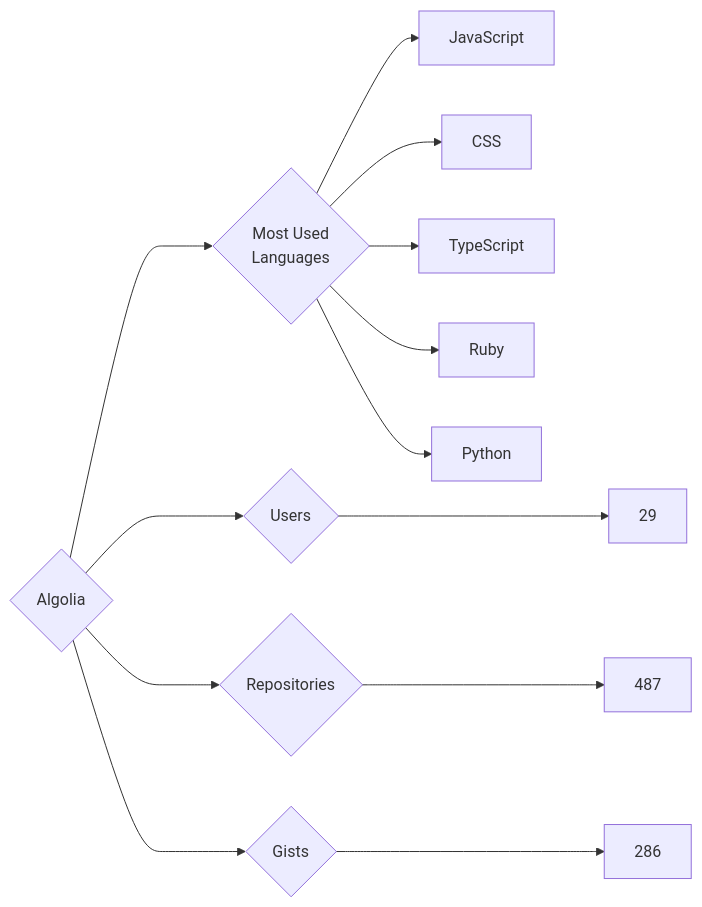
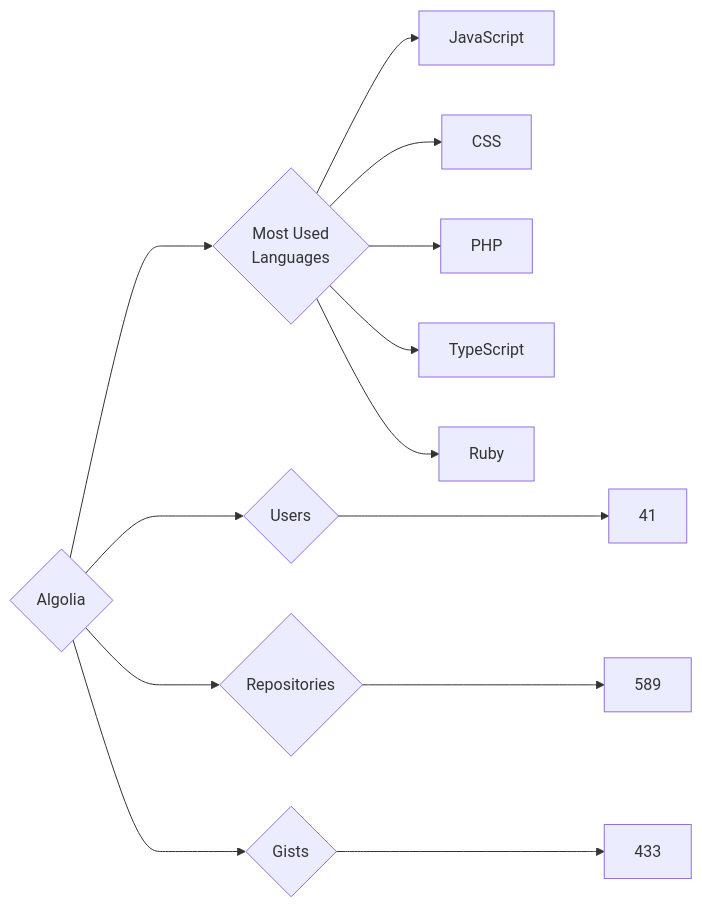
Before and after one commit to trickest/insiders: the diagram in targets/Algolia/README.md, drawn with Mermaid. The commit also changed 873 other files, not shown here.

````diff
--- a/targets/Algolia/README.md
+++ b/targets/Algolia/README.md
@@ -3,13 +3,13 @@
 ```mermaid
 graph LR
 COMPANY_NAME{Algolia}
-COMPANY_NAME ---> U{Users} ---> UN[29]
-COMPANY_NAME ---> R{Repositories} ---> RN[487]
-COMPANY_NAME ---> G{Gists} ---> GN[286]
+COMPANY_NAME ---> U{Users} ---> UN[41]
+COMPANY_NAME ---> R{Repositories} ---> RN[589]
+COMPANY_NAME ---> G{Gists} ---> GN[433]
 COMPANY_NAME ---> ML{Most Used<br>Languages}
 ML --> JavaScript[JavaScript]
 ML --> CSS[CSS]
+ML --> PHP[PHP]
 ML --> TypeScript[TypeScript]
 ML --> Ruby[Ruby]
-ML --> Python[Python]
 ```
````
